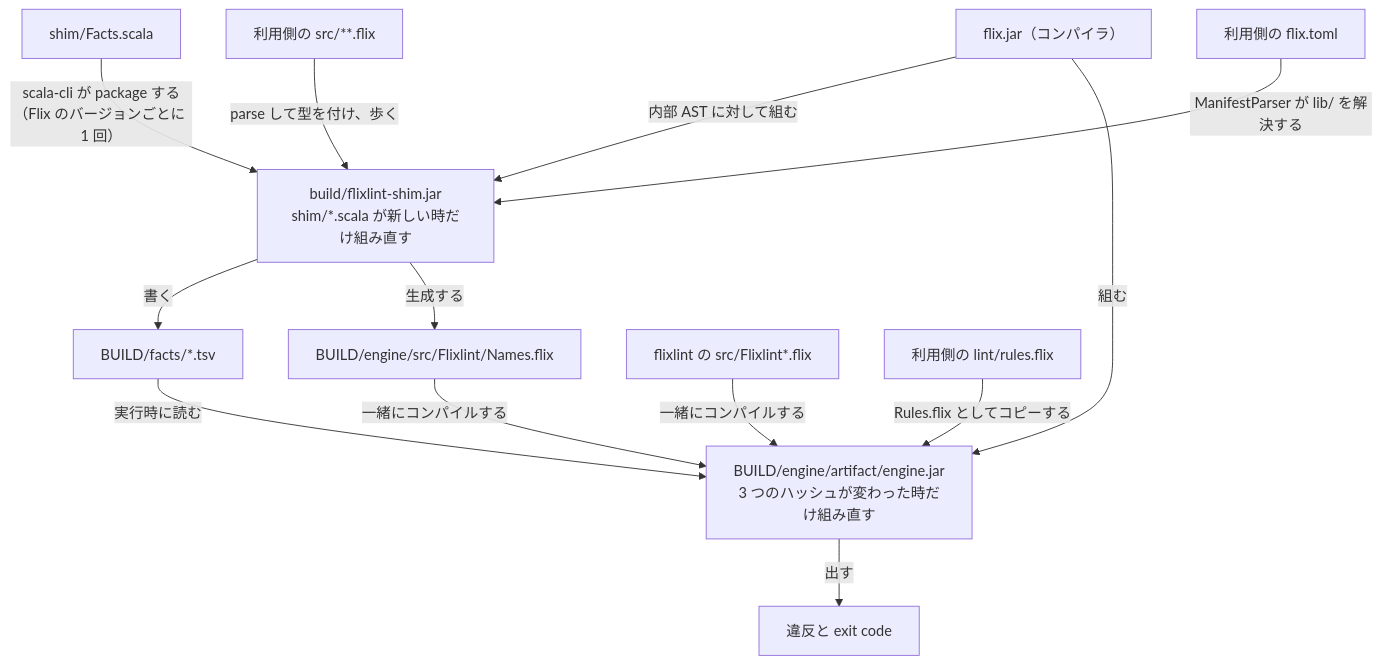
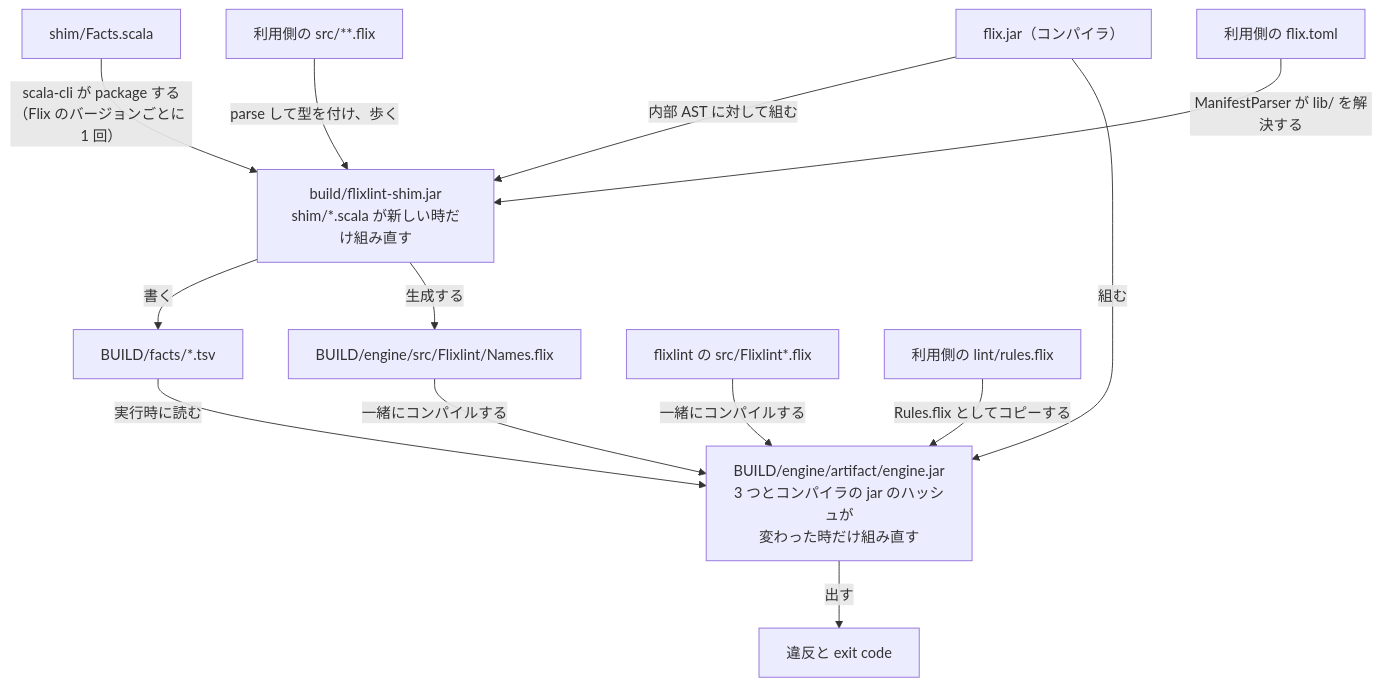
The third of 4 diagrams in README.md (ababup1192/flixlint), drawn with Mermaid before and after one commit. The commit also changed other lines of this file and 1 other file, not shown here.

First line of the commit message:
engine の jar の cache key にコンパイラの jar を混ぜる

````diff
--- a/README.md
+++ b/README.md
@@ -391,15 +391,15 @@
 ```mermaid
 flowchart TD
     scala["shim/Facts.scala"] -->|"scala-cli が package する（Flix のバージョンごとに 1 回）"| shimjar
     flixjar["flix.jar（コンパイラ）"] -->|"内部 AST に対して組む"| shimjar["build/flixlint-shim.jar<br>shim/*.scala が新しい時だけ組み直す"]
     src["利用側の src/**.flix"] -->|"parse して型を付け、歩く"| shimjar
     toml["利用側の flix.toml"] -->|"ManifestParser が lib/ を解決する"| shimjar
     shimjar -->|"書く"| facts["BUILD/facts/*.tsv"]
     shimjar -->|"生成する"| names["BUILD/engine/src/Flixlint/Names.flix"]
-    names -->|"一緒にコンパイルする"| engine["BUILD/engine/artifact/engine.jar<br>3 つのハッシュが変わった時だけ組み直す"]
+    names -->|"一緒にコンパイルする"| engine["BUILD/engine/artifact/engine.jar<br>3 つとコンパイラの jar のハッシュが<br>変わった時だけ組み直す"]
     lib["flixlint の src/Flixlint*.flix"] -->|"一緒にコンパイルする"| engine
     rules["利用側の lint/rules.flix"] -->|"Rules.flix としてコピーする"| engine
     flixjar -->|"組む"| engine
     facts -->|"実行時に読む"| engine
     engine -->|"出す"| report["違反と exit code"]
 ```
````
